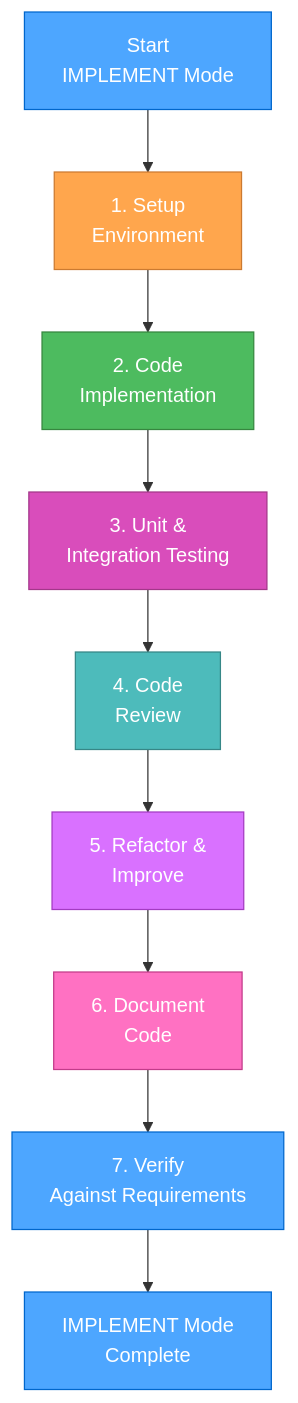
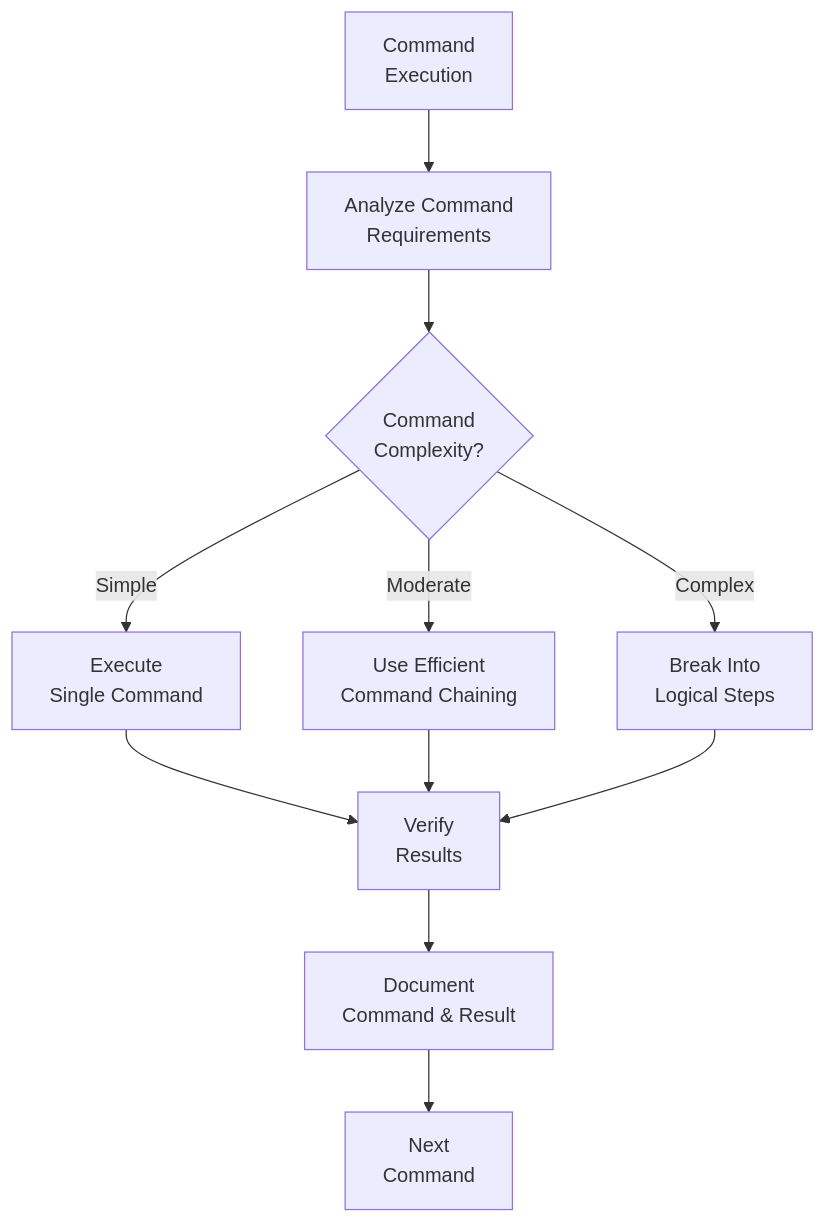
Before and after one commit to ubranch/shotgun: the fourth of 5 diagrams in .cursor/rules/isolation_rules/visual-maps/implement-mode-map.mdc, drawn with Mermaid. The commit also changed other lines of this file and 81 other files, not shown here.

````diff
--- a/.cursor/rules/isolation_rules/visual-maps/implement-mode-map.mdc
+++ b/.cursor/rules/isolation_rules/visual-maps/implement-mode-map.mdc
@@ -13,21 +148,13 @@
 ```mermaid
 graph TD
-    Start["Start<br>IMPLEMENT Mode"] --> Setup["1. Setup<br>Environment"]
-    Setup --> Code["2. Code<br>Implementation"]
-    Code --> Test["3. Unit &<br>Integration Testing"]
-    Test --> Review["4. Code<br>Review"]
-    Review --> Refactor["5. Refactor &<br>Improve"]
-    Refactor --> Document["6. Document<br>Code"]
-    Document --> Verify["7. Verify<br>Against Requirements"]
-    Verify --> Complete["IMPLEMENT Mode<br>Complete"]
+    Start["Command<br>Execution"] --> Analyze["Analyze Command<br>Requirements"]
+    Analyze --> Complexity{"Command<br>Complexity?"}
     
-    style Start fill:#4da6ff,stroke:#0066cc,color:white
-    style Setup fill:#ffa64d,stroke:#cc7a30,color:white
-    style Code fill:#4dbb5f,stroke:#36873f,color:white
-    style Test fill:#d94dbb,stroke:#a3378a,color:white
-    style Review fill:#4dbbbb,stroke:#368787,color:white
-    style Refactor fill:#d971ff,stroke:#a33bc2,color:white
-    style Document fill:#ff71c2,stroke:#c23b8a,color:white
-    style Verify fill:#4da6ff,stroke:#0066cc,color:white
-    style Complete fill:#4da6ff,stroke:#0066cc,color:white
+    Complexity -->|"Simple"| Simple["Execute<br>Single Command"]
+    Complexity -->|"Moderate"| Chain["Use Efficient<br>Command Chaining"]
+    Complexity -->|"Complex"| Break["Break Into<br>Logical Steps"]
+    
+    Simple & Chain & Break --> Verify["Verify<br>Results"]
+    Verify --> Document["Document<br>Command & Result"]
+    Document --> Next["Next<br>Command"]
 ```
````
